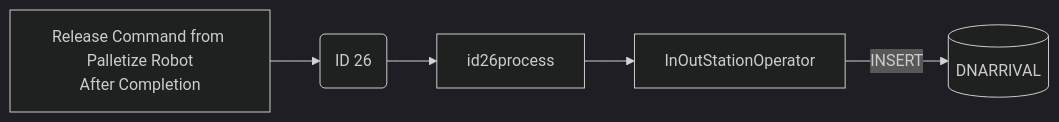
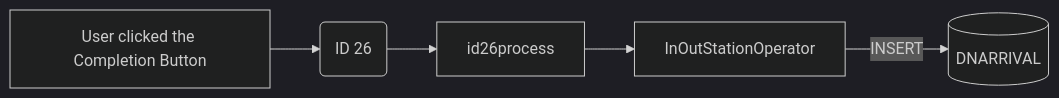
Before and after one commit to luthfiadityaa/SimeDarby-Wiki: the diagram in Basic-Design/DFD-WMS/Storage/Unplanned-Storage/Unplanned-Storage-from-OP-Area/QC-Station-from-Manual-Palletizing.md, drawn with Mermaid (dark theme). The commit also changed other lines of this file, not shown here.

```diff
--- a/Basic-Design/DFD-WMS/Storage/Unplanned-Storage/Unplanned-Storage-from-OP-Area/QC-Station-from-Manual-Palletizing.md
+++ b/Basic-Design/DFD-WMS/Storage/Unplanned-Storage/Unplanned-Storage-from-OP-Area/QC-Station-from-Manual-Palletizing.md
@@ -140,21 +137,20 @@
 ::: mermaid
 flowchart LR
 
 releaseCommand["
-Release Command from Palletize Robot
-After Completion 
+   User clicked the Completion Button
 "]
 
 id26msg("
 ID 26
 ")
 
 id26-insert[("
 DNARRIVAL
 ")]
 
 inoutstationoperator[InOutStationOperator]
 
 releaseCommand-->id26msg-->id26process-->inoutstationoperator
 inoutstationoperator--> |INSERT| id26-insert
 :::
```
